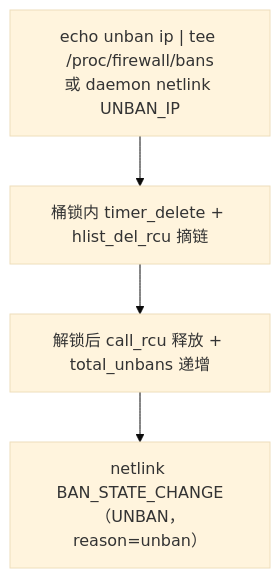
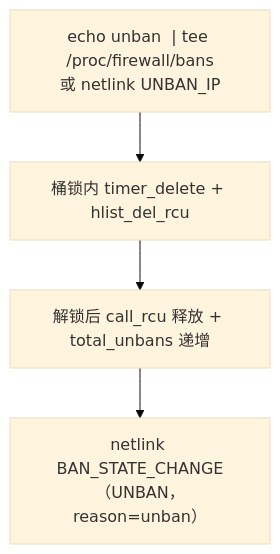
One commit to SnowCore8/linux-firewall-kmod changed the fourth of 5 diagrams in docs/zh/architecture/data-flow.md. Above: the diagram before and after it, drawn with Mermaid (base theme). The commit also changed other lines of this file and 25 other files, not shown here.

````diff
--- a/docs/zh/architecture/data-flow.md
+++ b/docs/zh/architecture/data-flow.md
@@ -213,6 +222,6 @@
 ```mermaid
 graph TB
-    A["echo unban ip | tee /proc/firewall/bans<br/>或 daemon netlink UNBAN_IP"] --> B["桶锁内 timer_delete + hlist_del_rcu 摘链"]
+    A["echo unban <ip> | tee /proc/firewall/bans<br/>或 netlink UNBAN_IP"] --> B["桶锁内 timer_delete + hlist_del_rcu"]
     B --> C["解锁后 call_rcu 释放 + total_unbans 递增"]
     C --> D["netlink BAN_STATE_CHANGE（UNBAN，reason=unban）"]
 ```
````
